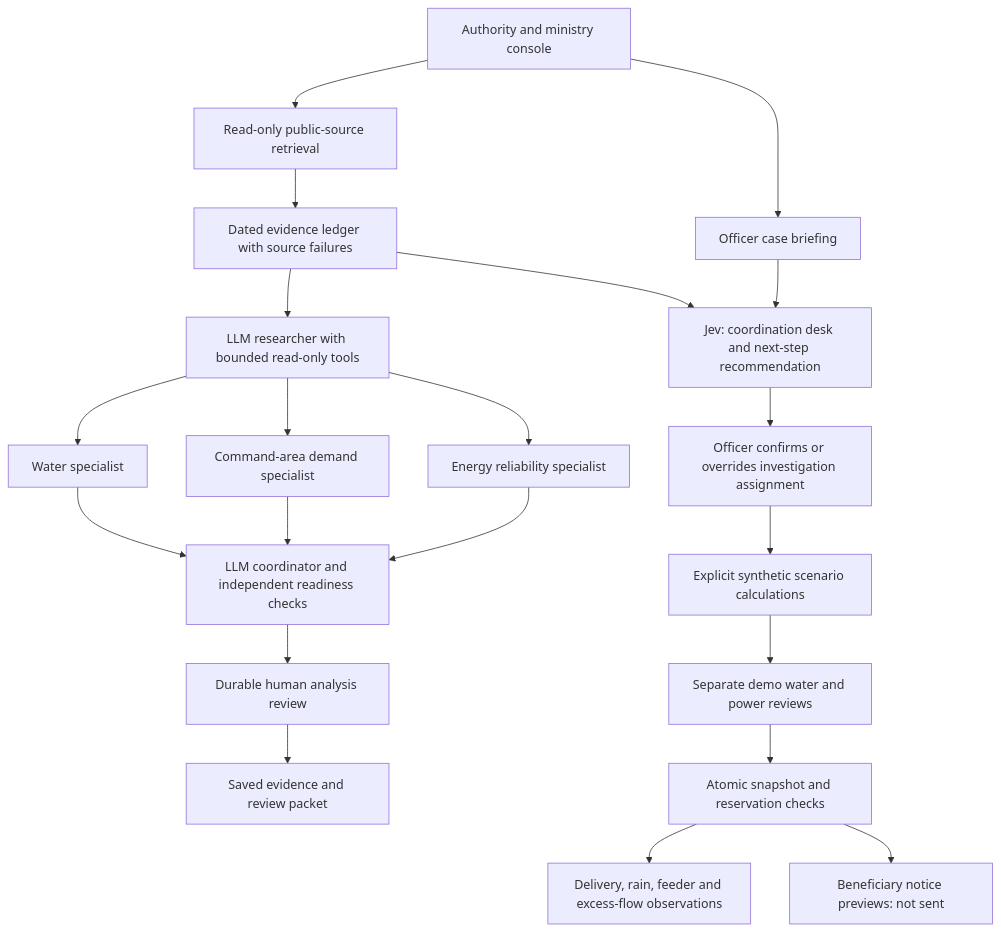
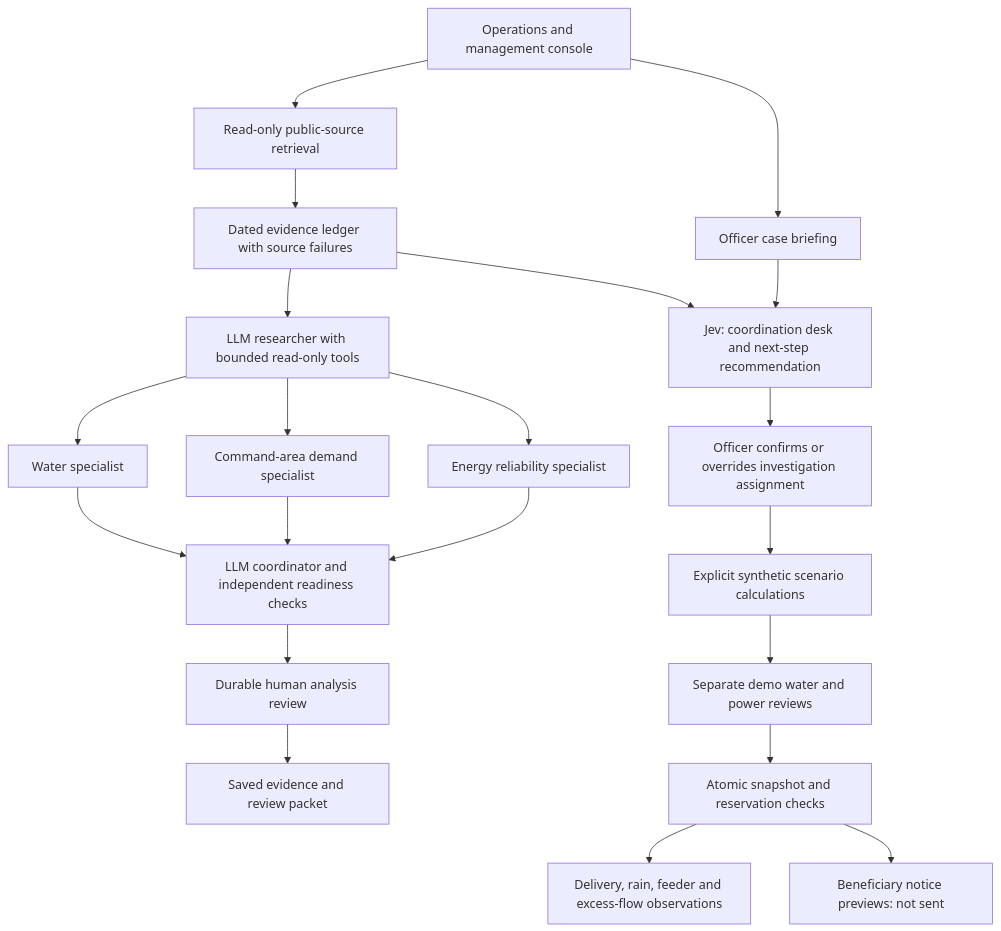
The diagram in PROJECT.md (venuha/Jalasetu), drawn with Mermaid before and after one commit. The commit also changed other lines of this file and 8 other files, not shown here.

Commit message:
Use management oversight and location-neutral operations branding

````diff
--- a/PROJECT.md
+++ b/PROJECT.md
@@ -7,23 +7,23 @@
 ```mermaid
 flowchart TD
-    UI[Authority and ministry console] --> Public[Read-only public-source retrieval]
+    UI[Operations and management console] --> Public[Read-only public-source retrieval]
     UI --> Case[Officer case briefing]
     Public --> Ledger[Dated evidence ledger with source failures]
     Ledger --> Jev[Jev: coordination desk and next-step recommendation]
     Case --> Jev
     Jev --> Triage[Officer confirms or overrides investigation assignment]
     Ledger --> Research[LLM researcher with bounded read-only tools]
     Research --> Water[Water specialist]
     Research --> Demand[Command-area demand specialist]
     Research --> Energy[Energy reliability specialist]
     Water --> Coordinator[LLM coordinator and independent readiness checks]
     Demand --> Coordinator
     Energy --> Coordinator
     Coordinator --> HITL[Durable human analysis review]
     Triage --> Scenario[Explicit synthetic scenario calculations]
     HITL --> Packet[Saved evidence and review packet]
     Scenario --> Reviews[Separate demo water and power reviews]
     Reviews --> Reservations[Atomic snapshot and reservation checks]
     Reservations --> Monitoring[Delivery, rain, feeder and excess-flow observations]
     Reservations --> Notices[Beneficiary notice previews: not sent]
 ```
````
